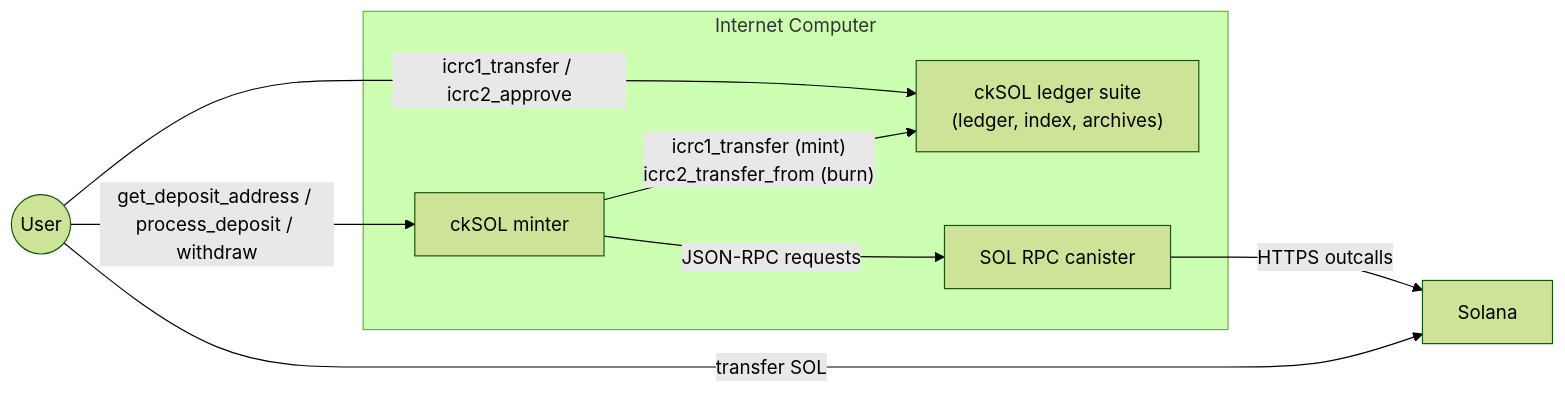
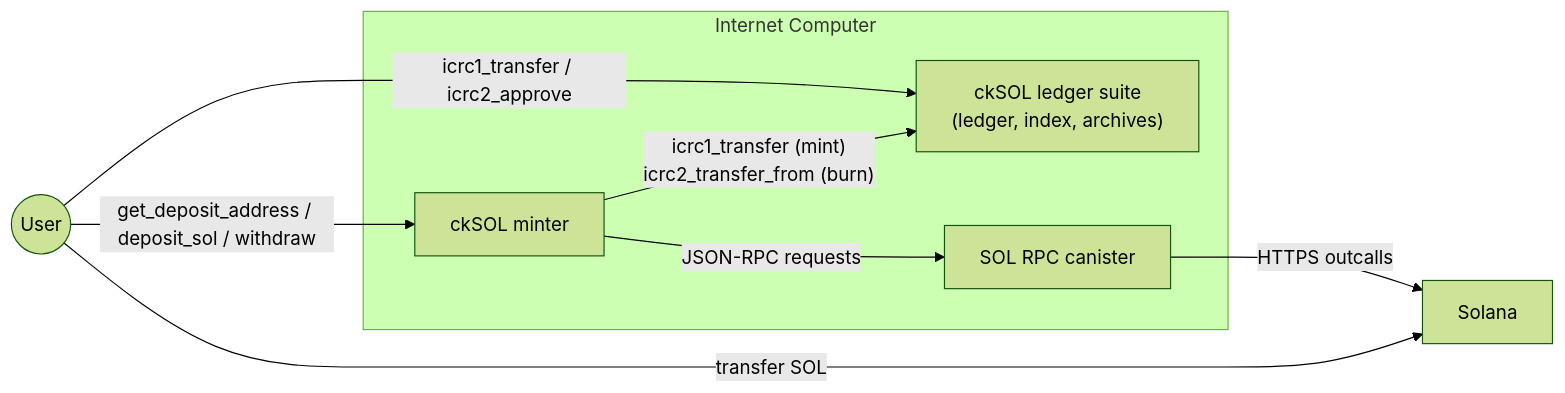
The first of 7 diagrams in docs/design.md (dfinity/cksol), drawn with Mermaid (forest theme) before and after one commit. The commit also changed other lines of this file, not shown here.

````diff
--- a/docs/design.md
+++ b/docs/design.md
@@ -26,17 +26,17 @@
 ```mermaid
 graph LR
     User((User))
     subgraph IC["Internet Computer"]
         Minter["ckSOL minter"]
         Ledger["ckSOL ledger suite<br/>(ledger, index, archives)"]
         RPC["SOL RPC canister"]
     end
     Solana["Solana"]
 
-    User -- "get_deposit_address / process_deposit / withdraw" --> Minter
+    User -- "get_deposit_address / deposit_sol / withdraw" --> Minter
     User -- "icrc1_transfer / icrc2_approve" --> Ledger
     Minter -- "icrc1_transfer (mint)<br/>icrc2_transfer_from (burn)" --> Ledger
     Minter -- "JSON-RPC requests" --> RPC
     RPC -- "HTTPS outcalls" --> Solana
     User -- "transfer SOL" --> Solana
 ```
````
